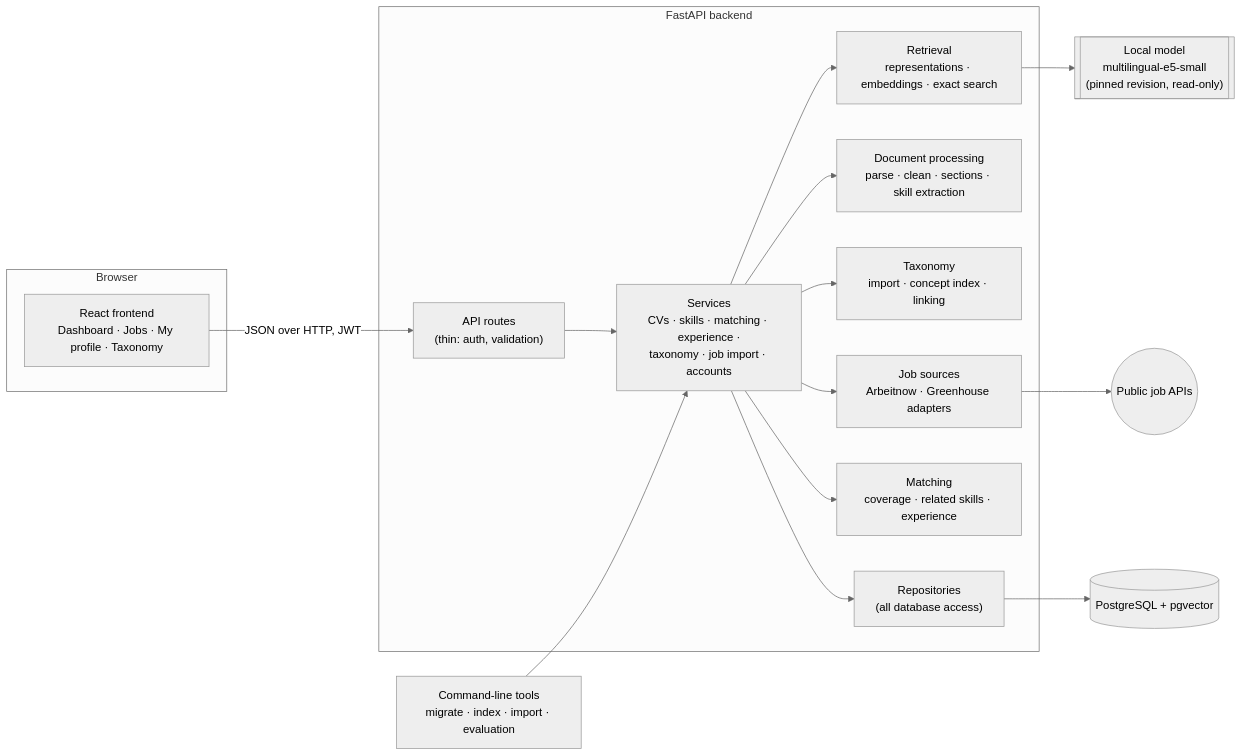
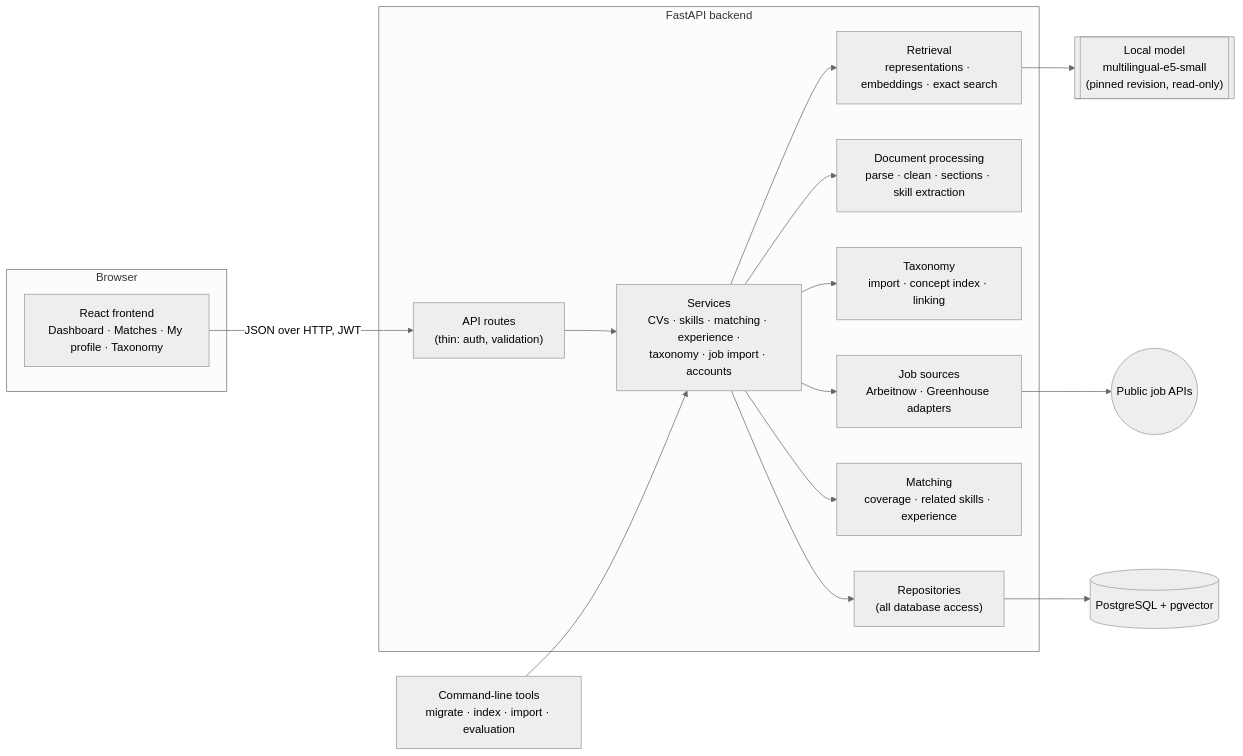
One commit to muawwidh/skill-matching-system changed the first of 2 diagrams in docs/architecture.md. Above: the diagram before and after it, drawn with Mermaid (neutral theme). The commit also changed other lines of this file and 51 other files, not shown here.

````diff
--- a/docs/architecture.md
+++ b/docs/architecture.md
@@ -10,30 +10,30 @@
 ```mermaid
 flowchart LR
   subgraph Browser
-    FE["React frontend<br/>Dashboard · Jobs · My profile · Taxonomy"]
+    FE["React frontend<br/>Dashboard · Matches · My profile · Taxonomy"]
   end
 
   subgraph Backend["FastAPI backend"]
     R["API routes<br/>(thin: auth, validation)"]
     S["Services<br/>CVs · skills · matching · experience ·<br/>taxonomy · job import · accounts"]
     Repo["Repositories<br/>(all database access)"]
     NLP["Document processing<br/>parse · clean · sections · skill extraction"]
     TAX["Taxonomy<br/>import · concept index · linking"]
     RET["Retrieval<br/>representations · embeddings · exact search"]
     MATCH["Matching<br/>coverage · related skills · experience"]
     JS["Job sources<br/>Arbeitnow · Greenhouse adapters"]
   end
 
   DB[("PostgreSQL + pgvector")]
   MODEL[["Local model<br/>multilingual-e5-small<br/>(pinned revision, read-only)"]]
   APIS(("Public job APIs"))
   CLI["Command-line tools<br/>migrate · index · import · evaluation"]
 
   FE -- "JSON over HTTP, JWT" --> R
   R --> S
   S --> NLP & TAX & RET & MATCH & JS
   S --> Repo --> DB
   RET --> MODEL
   JS --> APIS
   CLI --> S
 ```
````
